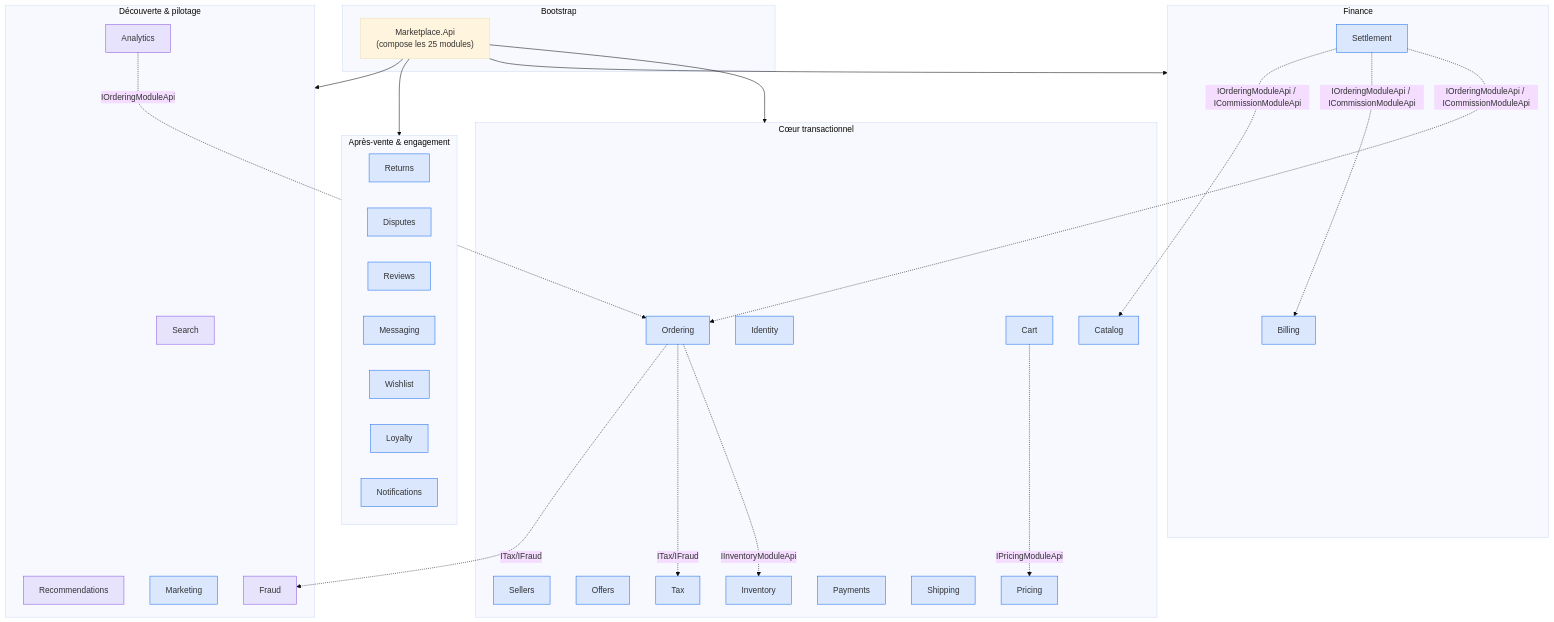
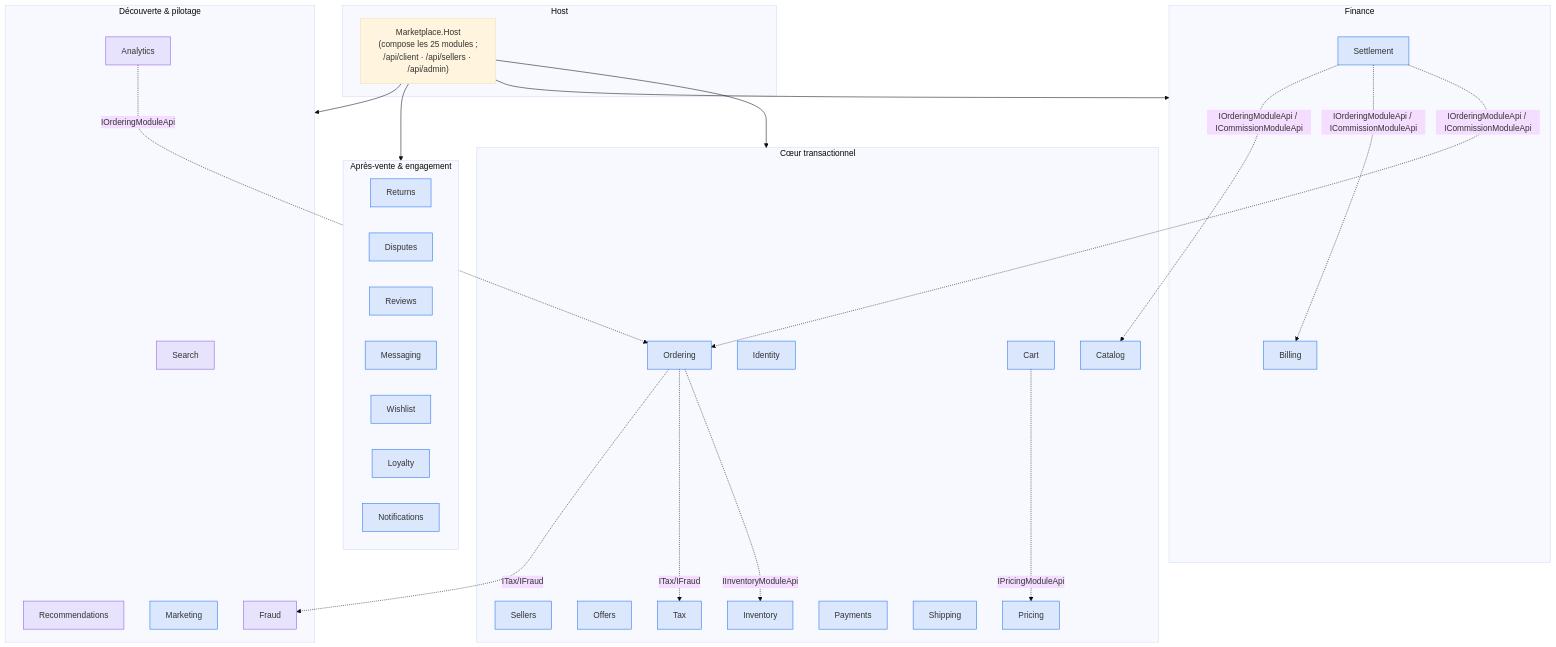
The first of 4 diagrams in README.md (Hectorberi01/MarketPlace_Modulaire), drawn with Mermaid (base theme) before and after one commit. The commit also changed other lines of this file and 341 other files, not shown here.

````diff
--- a/README.md
+++ b/README.md
@@ -34,54 +34,54 @@
 ```mermaid
 flowchart TB
-    subgraph Edge["Bootstrap"]
-        API["Marketplace.Api<br/>(compose les 25 modules)"]
+    subgraph Edge["Host"]
+        API["Marketplace.Host<br/>(compose les 25 modules ;<br/>/api/client · /api/sellers · /api/admin)"]
     end
 
     subgraph Core["Cœur transactionnel"]
         IDENT[Identity]:::m
         SELL[Sellers]:::m
         CAT[Catalog]:::m
         OFF[Offers]:::m
         INV[Inventory]:::m
         PRI[Pricing]:::m
         CART[Cart]:::m
         ORD[Ordering]:::m
         PAY[Payments]:::m
         SHIP[Shipping]:::m
         TAX[Tax]:::m
     end
 
     subgraph Finance["Finance"]
         BILL[Billing]:::m
         SETT[Settlement]:::m
     end
 
     subgraph After["Après-vente & engagement"]
         RET[Returns]:::m
         DISP[Disputes]:::m
         REV[Reviews]:::m
         MSG[Messaging]:::m
         WISH[Wishlist]:::m
         LOY[Loyalty]:::m
         NOT[Notifications]:::m
     end
 
     subgraph Discovery["Découverte & pilotage"]
         SRCH[Search]:::r
         REC[Recommendations]:::r
         ANA[Analytics]:::r
         MKT[Marketing]:::m
         FRAUD[Fraud]:::r
     end
 
     API --> Core & Finance & After & Discovery
 
     CART -. IPricingModuleApi .-> PRI
     ORD  -. IInventoryModuleApi .-> INV
     SETT -. IOrderingModuleApi / ICommissionModuleApi .-> ORD & BILL & CAT
     ANA  -. IOrderingModuleApi .-> ORD
     ORD  -. ITax/IFraud .-> TAX & FRAUD
 
     classDef m fill:#1f6feb22,stroke:#1f6feb;
     classDef r fill:#8957e522,stroke:#8957e5;
 ```
````
